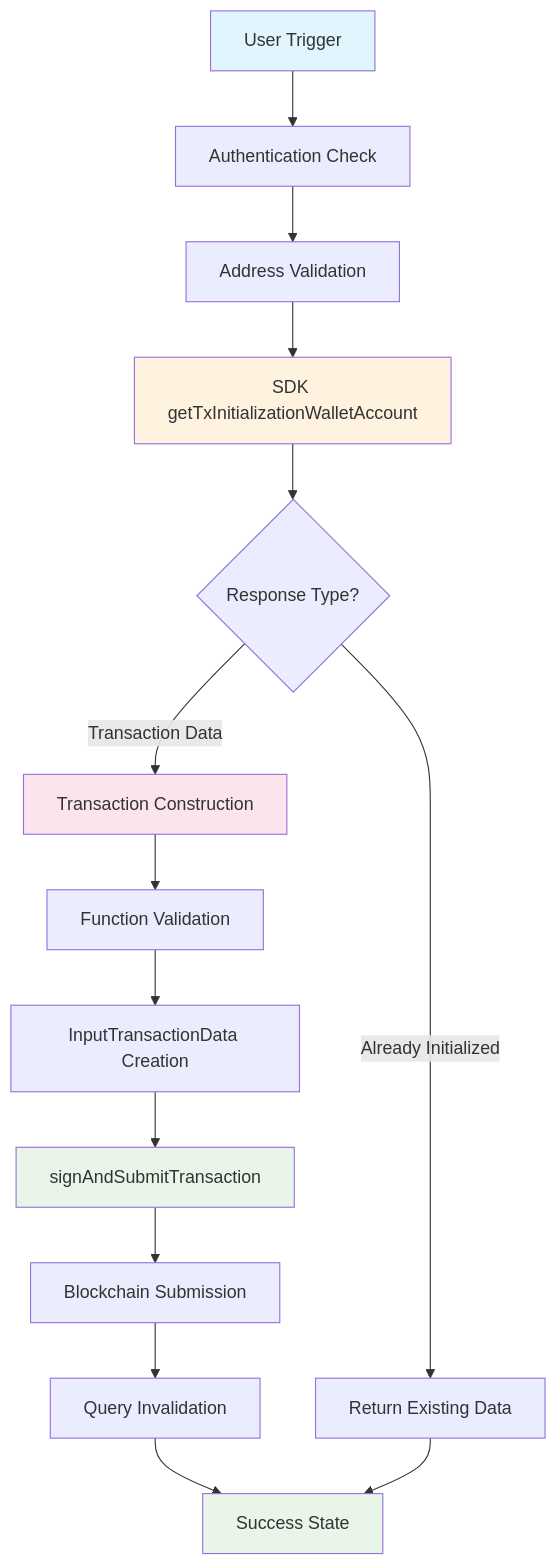
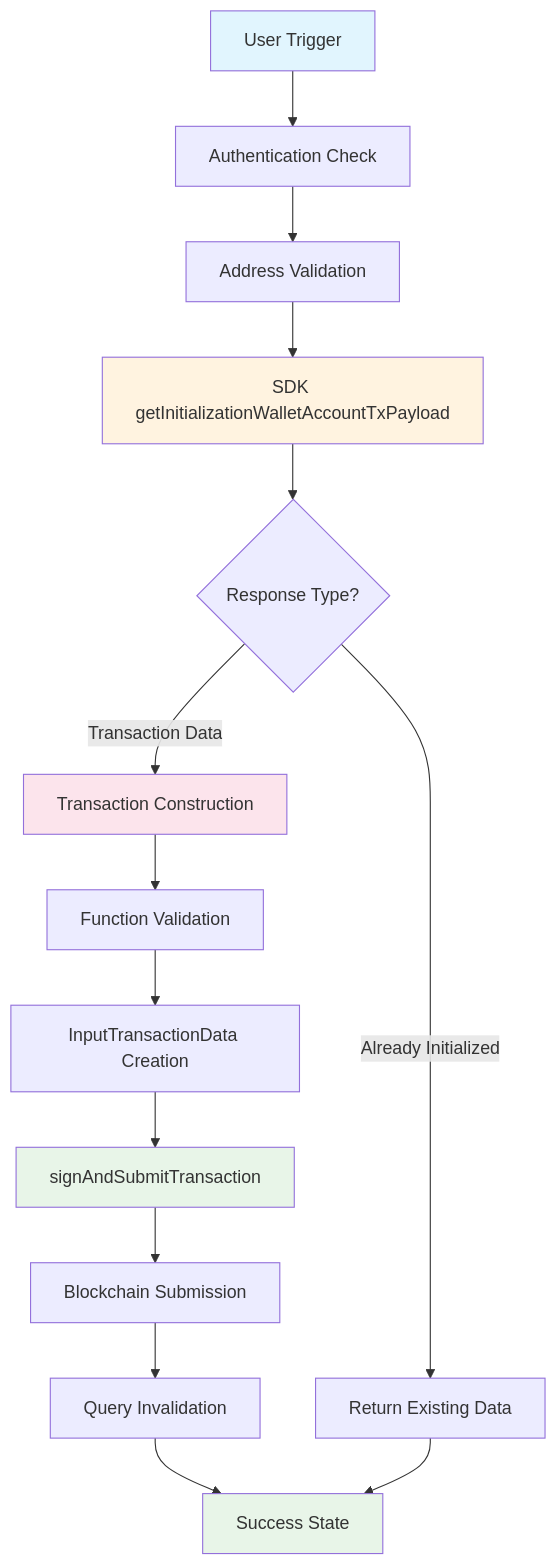
Before and after one commit to MoneyFi-fund/moneyfi-SDK-example: the second of 7 diagrams in README.md, drawn with Mermaid. The commit also changed other lines of this file and 25 other files, not shown here.

````diff
--- a/README.md
+++ b/README.md
@@ -137,22 +183,22 @@
 ```mermaid
 flowchart TD
     A[User Trigger] --> B[Authentication Check]
     B --> C[Address Validation]
-    C --> D[SDK getTxInitializationWalletAccount]
+    C --> D[SDK getInitializationWalletAccountTxPayload]
     D --> E{Response Type?}
     E -->|Transaction Data| F[Transaction Construction]
     E -->|Already Initialized| G[Return Existing Data]
     F --> H[Function Validation]
     H --> I[InputTransactionData Creation]
     I --> J[signAndSubmitTransaction]
     J --> K[Blockchain Submission]
     K --> L[Query Invalidation]
     L --> M[Success State]
     G --> M
 
     style A fill:#e1f5fe
     style D fill:#fff3e0
     style F fill:#fce4ec
     style J fill:#e8f5e8
     style M fill:#e8f5e8
 ```
````
